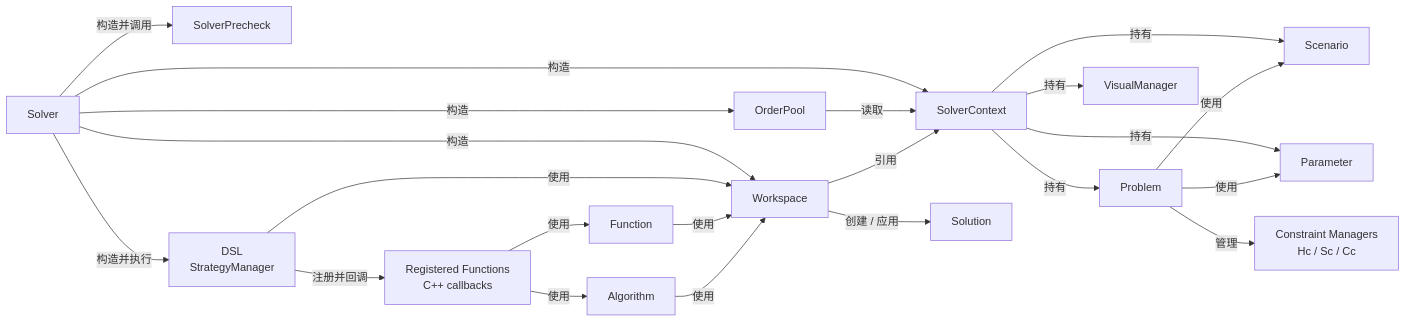
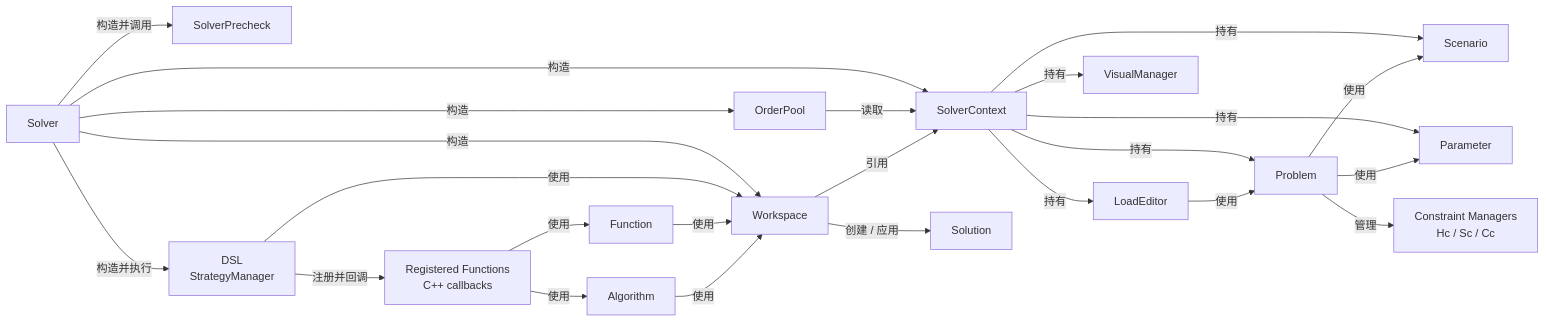
The diagram in docs/framework.md (Hug7/yun), drawn with Mermaid before and after one commit. The commit also changed 15 other files, not shown here.

````diff
--- a/docs/framework.md
+++ b/docs/framework.md
@@ -7,46 +7,50 @@
 ```mermaid
 flowchart LR
     solver[Solver]
     precheck[SolverPrecheck]
     context[SolverContext]
     order_pool[OrderPool]
     workspace[Workspace]
     solution[Solution]
     dsl["DSL<br/>StrategyManager"]
     funcs["Registered Functions<br/>C++ callbacks"]
     algorithm["Algorithm"]
     function["Function"]
     scenario[Scenario]
     parameter[Parameter]
     problem[Problem]
+    editor[LoadEditor]
     constraints["Constraint Managers<br/>Hc / Sc / Cc"]
     visual[VisualManager]
 
     solver -->|构造并调用| precheck
     solver -->|构造| context
     solver -->|构造| order_pool
     solver -->|构造| workspace
     solver -->|构造并执行| dsl
 
     order_pool -->|读取| context
     workspace -->|引用| context
     workspace -->|创建 / 应用| solution
 
     dsl -->|使用| workspace
     dsl -->|注册并回调| funcs
     funcs -->|使用| function
     funcs -->|使用| algorithm
     function -->|使用| workspace
     algorithm -->|使用| workspace
 
     context -->|持有| scenario
     context -->|持有| parameter
     context -->|持有| problem
+    context -->|持有| editor
     context -->|持有| visual
 
     problem -->|使用| scenario
     problem -->|使用| parameter
     problem -->|管理| constraints
 
+    editor -->|使用| problem
+
     classDef planned stroke-dasharray: 5 5
 ```
````
